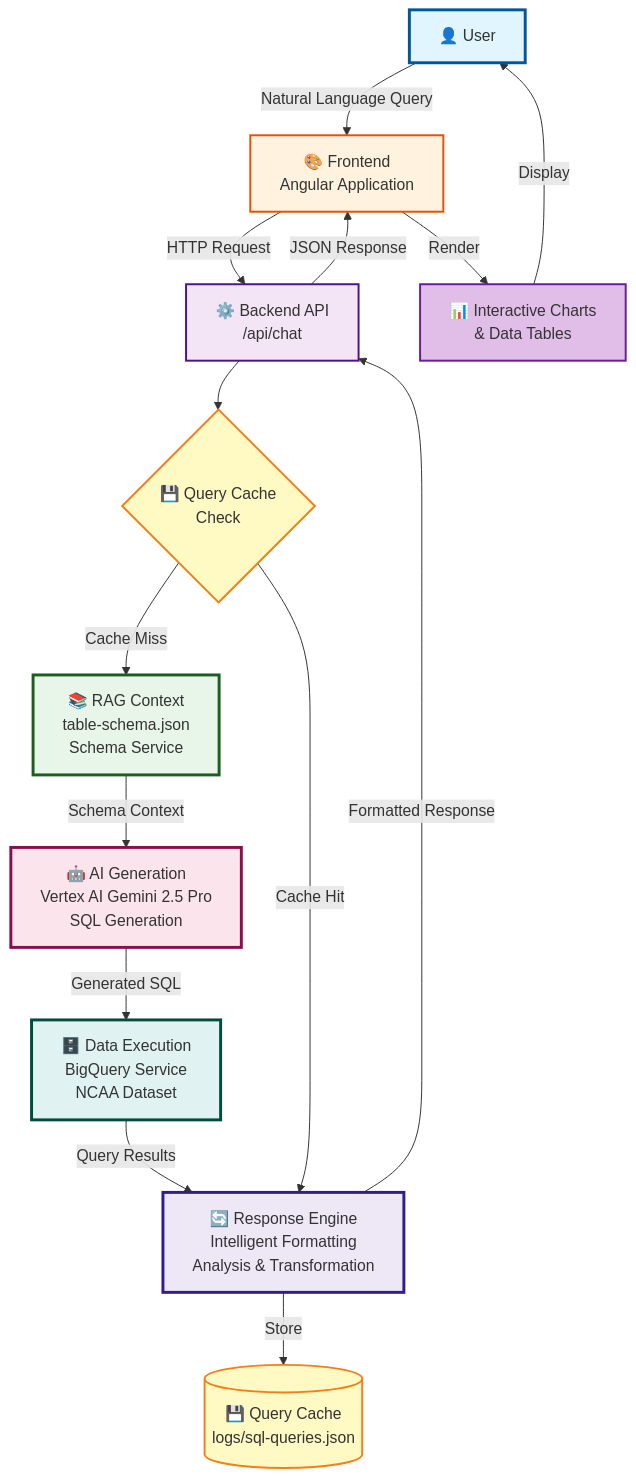
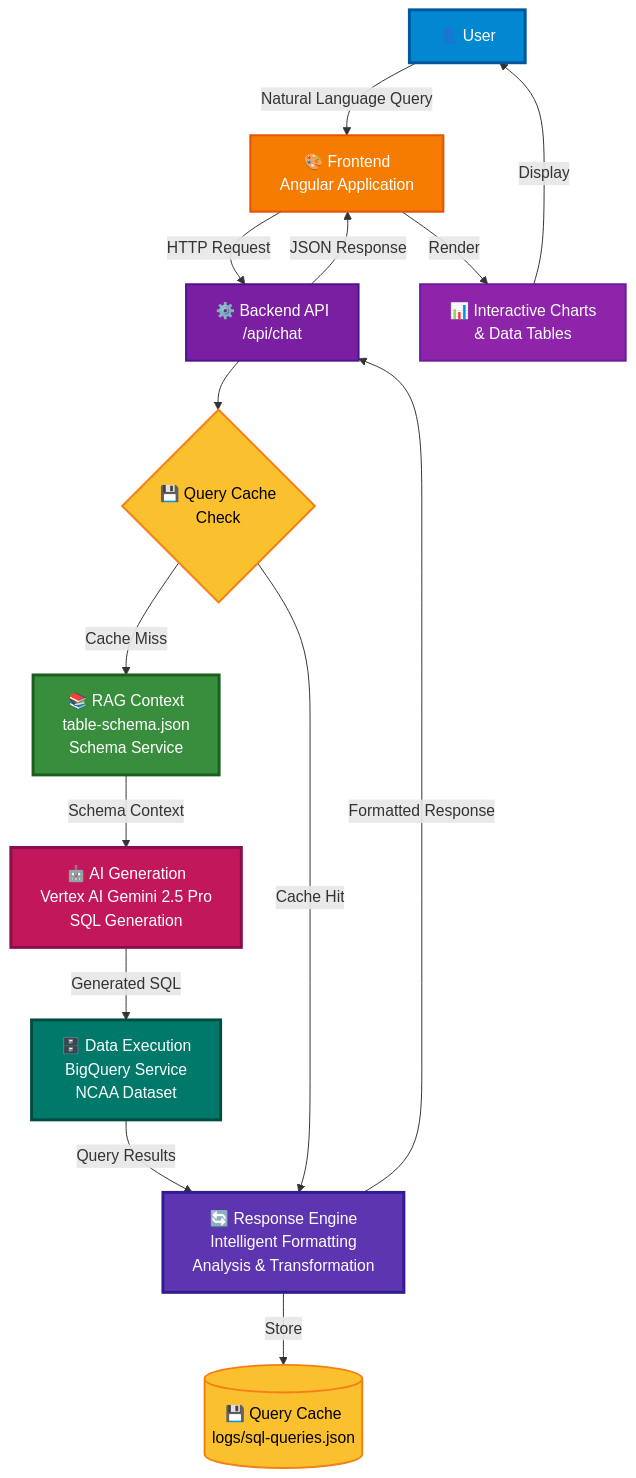
One commit to build-bros/.github changed the first of 2 diagrams in profile/README.md. Above: the diagram before and after it, drawn with Mermaid. The commit also changed other lines of this file, not shown here.

Commit message:
Refactor color styles in architecture diagrams within README.md for improved visibility and consistency.

````diff
--- a/profile/README.md
+++ b/profile/README.md
@@ -60,39 +60,39 @@
 ```mermaid
 flowchart TB
     User["👤 User"] -->|"Natural Language Query"| Frontend["🎨 Frontend<br/>Angular Application"]
     
     Frontend -->|"HTTP Request"| API["⚙️ Backend API<br/>/api/chat"]
     
     API --> Cache{"💾 Query Cache<br/>Check"}
     
     Cache -->|"Cache Miss"| RAG["📚 RAG Context<br/>table-schema.json<br/>Schema Service"]
     
     RAG -->|"Schema Context"| AI["🤖 AI Generation<br/>Vertex AI Gemini 2.5 Pro<br/>SQL Generation"]
     
     AI -->|"Generated SQL"| DataExec["🗄️ Data Execution<br/>BigQuery Service<br/>NCAA Dataset"]
     
     DataExec -->|"Query Results"| Engine["🔄 Response Engine<br/>Intelligent Formatting<br/>Analysis & Transformation"]
     
     Cache -->|"Cache Hit"| Engine
     
     Engine -->|"Store"| CacheStore[("💾 Query Cache<br/>logs/sql-queries.json")]
     
     Engine -->|"Formatted Response"| API
     
     API -->|"JSON Response"| Frontend
     
     Frontend -->|"Render"| Charts["📊 Interactive Charts<br/>& Data Tables"]
     
     Charts -->|"Display"| User
 
-    style User fill:#e1f5ff,stroke:#01579b,stroke-width:3px
-    style Frontend fill:#fff3e0,stroke:#e65100,stroke-width:2px
-    style API fill:#f3e5f5,stroke:#4a148c,stroke-width:2px
-    style Cache fill:#fff9c4,stroke:#f57f17,stroke-width:2px
-    style RAG fill:#e8f5e9,stroke:#1b5e20,stroke-width:3px
-    style AI fill:#fce4ec,stroke:#880e4f,stroke-width:3px
-    style DataExec fill:#e0f2f1,stroke:#004d40,stroke-width:3px
-    style Engine fill:#ede7f6,stroke:#311b92,stroke-width:3px
-    style CacheStore fill:#fff9c4,stroke:#f57f17,stroke-width:2px
-    style Charts fill:#e1bee7,stroke:#6a1b9a,stroke-width:2px
+    style User fill:#0288d1,stroke:#01579b,stroke-width:3px,color:#fff
+    style Frontend fill:#f57c00,stroke:#e65100,stroke-width:2px,color:#fff
+    style API fill:#7b1fa2,stroke:#4a148c,stroke-width:2px,color:#fff
+    style Cache fill:#fbc02d,stroke:#f57f17,stroke-width:2px,color:#000
+    style RAG fill:#388e3c,stroke:#1b5e20,stroke-width:3px,color:#fff
+    style AI fill:#c2185b,stroke:#880e4f,stroke-width:3px,color:#fff
+    style DataExec fill:#00796b,stroke:#004d40,stroke-width:3px,color:#fff
+    style Engine fill:#5e35b1,stroke:#311b92,stroke-width:3px,color:#fff
+    style CacheStore fill:#fbc02d,stroke:#f57f17,stroke-width:2px,color:#000
+    style Charts fill:#8e24aa,stroke:#6a1b9a,stroke-width:2px,color:#fff
 ```
````
